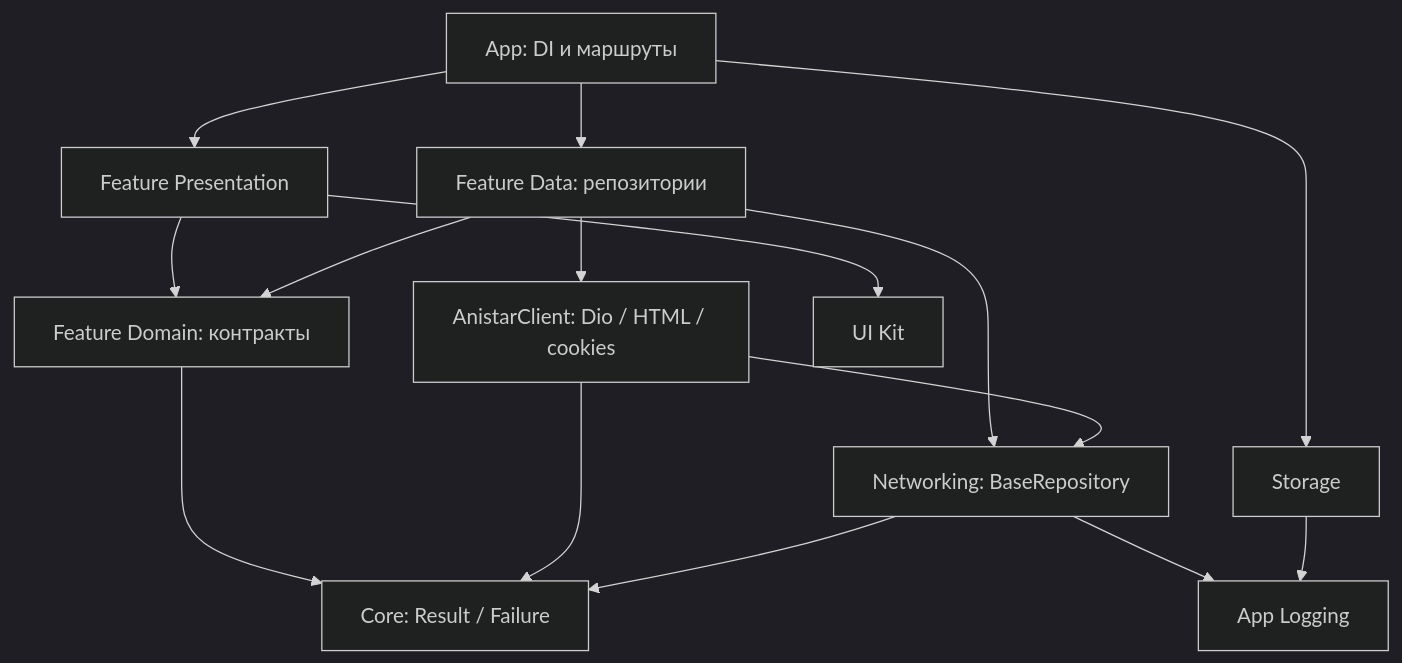
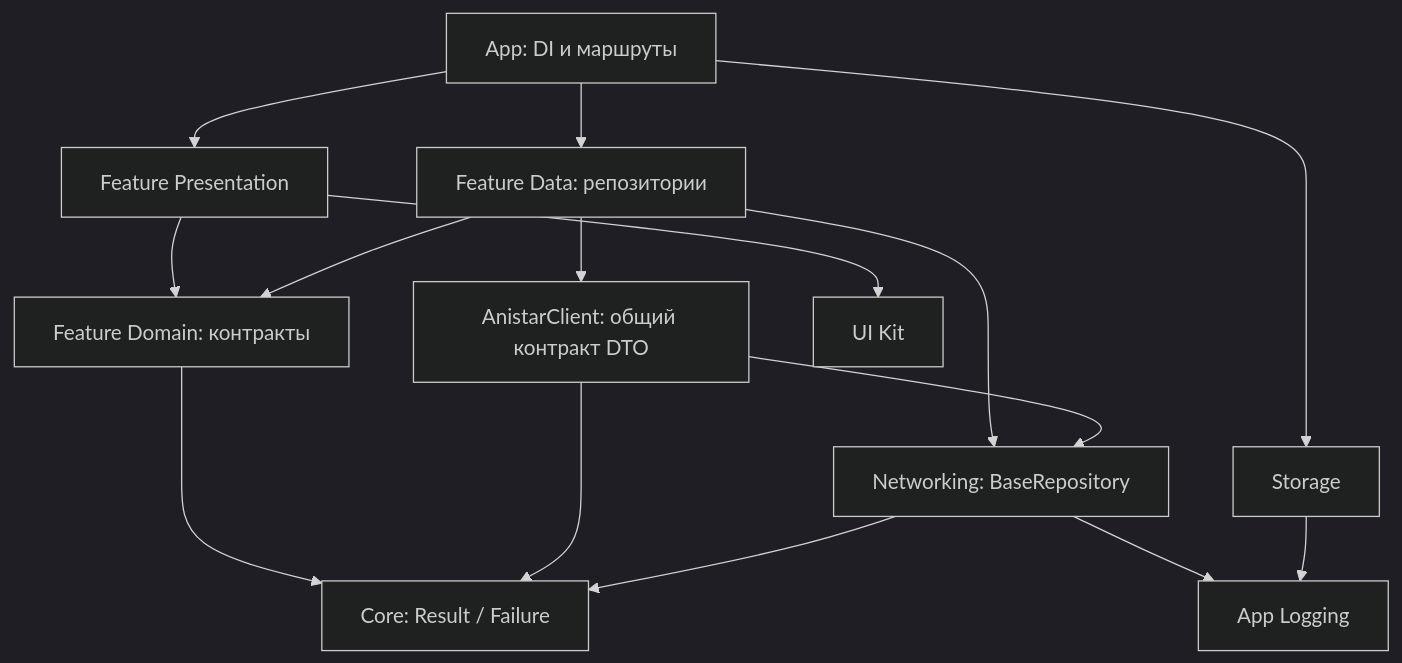
Before and after one commit to Overman775/anistar-tv_ai-software-factory: the diagram in docs/01_architecture_principles.md, drawn with Mermaid (dark theme). The commit also changed other lines of this file and 129 other files, not shown here.

````diff
--- a/docs/01_architecture_principles.md
+++ b/docs/01_architecture_principles.md
@@ -34,17 +34,17 @@
 ```mermaid
 flowchart TD
   App["App: DI и маршруты"] --> UI["Feature Presentation"]
   App --> Repos["Feature Data: репозитории"]
   UI --> Domain["Feature Domain: контракты"]
   Repos --> Domain
   Domain --> Core["Core: Result / Failure"]
-  Repos --> Anistar["AnistarClient: Dio / HTML / cookies"]
+  Repos --> Anistar["AnistarClient: общий контракт DTO"]
   Repos --> Network["Networking: BaseRepository"]
   Anistar --> Network
   Anistar --> Core
   Network --> Core
   Network --> Logging["App Logging"]
   App --> Storage["Storage"]
   Storage --> Logging
   UI --> UIKit["UI Kit"]
 ```
````
